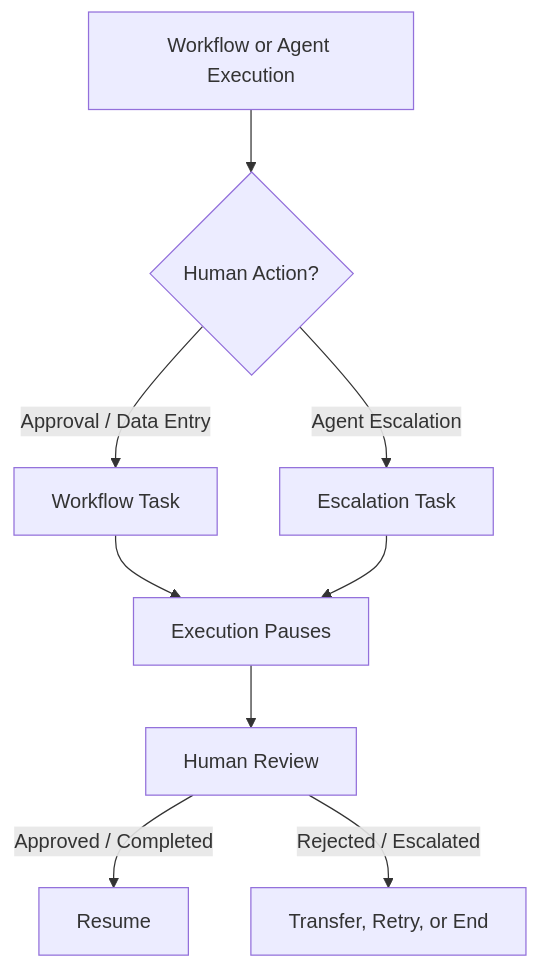
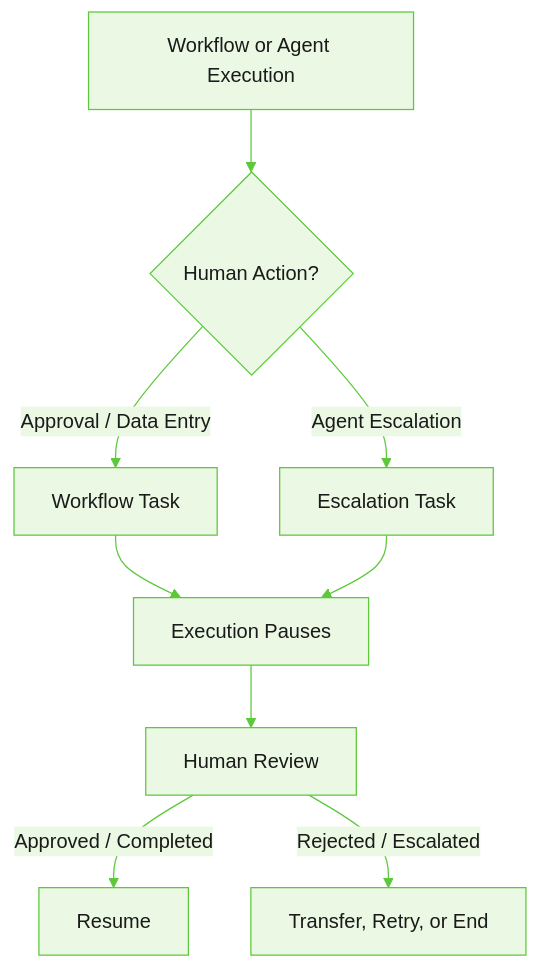
One commit to Koredotcom/docs-v2 changed the diagram in agent-platform/inbox.mdx. Above: the diagram before and after it, drawn with Mermaid. The commit also changed 36 other files, not shown here.

Commit message:
Artemis theme applied to diagrams and illustrations across the pages/docs

````diff
--- a/agent-platform/inbox.mdx
+++ b/agent-platform/inbox.mdx
@@ -26,14 +26,15 @@
 ```mermaid actions={false}
+%%{init: {'theme': 'base', 'themeVariables': {'background': 'transparent', 'primaryColor': '#EAF8E4', 'primaryTextColor': '#1a1a1a', 'primaryBorderColor': '#5CC83A', 'lineColor': '#5CC83A', 'secondaryColor': 'transparent', 'tertiaryColor': 'transparent', 'clusterBkg': 'transparent', 'clusterBorder': '#5CC83A', 'titleColor': '#1a1a1a', 'clusterLabelBackground': 'transparent', 'edgeLabelBackground': '#EAF8E4'}}}%%
 flowchart TD
 
     A[Workflow or Agent Execution]
 
     A --> B{Human Action?}
     B -->|Approval / Data Entry| C[Workflow Task]
     B -->|Agent Escalation| D[Escalation Task]
     C --> E[Execution Pauses]
     D --> E
     E --> F[Human Review]
     F -->|Approved / Completed| H[Resume]
     F -->|Rejected / Escalated| I[Transfer, Retry, or End]
 ```
````
